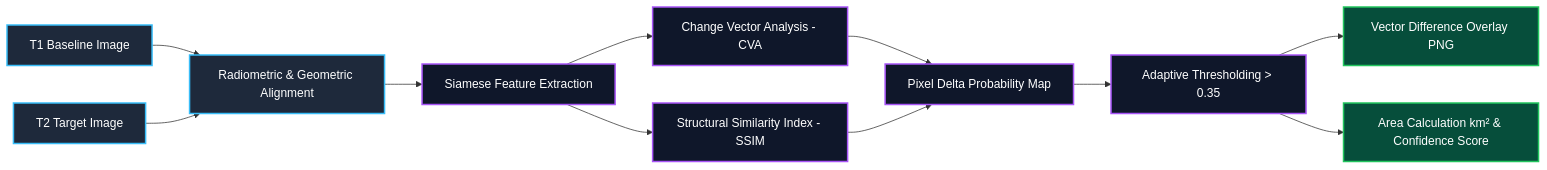
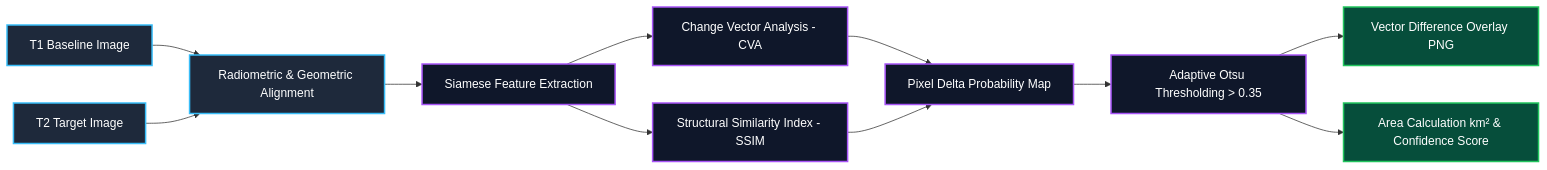
The second of 3 diagrams in README.md (shuryansmishra/shi2026), drawn with Mermaid before and after one commit. The commit also changed other lines of this file, not shown here.

````diff
--- a/README.md
+++ b/README.md
@@ -184,20 +231,20 @@
 ```mermaid
 graph LR
     classDef step fill:#1E293B,stroke:#38BDF8,stroke-width:2px,color:#fff;
     classDef math fill:#0F172A,stroke:#A855F7,stroke-width:2px,color:#fff;
     classDef out fill:#064E3B,stroke:#22C55E,stroke-width:2px,color:#fff;
 
     T1[T1 Baseline Image]:::step --> Align[Radiometric & Geometric Alignment]:::step
     T2[T2 Target Image]:::step --> Align
 
     Align --> Siamese[Siamese Feature Extraction]:::math
     Siamese --> CVA[Change Vector Analysis - CVA]:::math
     Siamese --> SSIM[Structural Similarity Index - SSIM]:::math
 
     CVA --> DeltaMap[Pixel Delta Probability Map]:::math
     SSIM --> DeltaMap
 
-    DeltaMap --> Thresh[Adaptive Thresholding > 0.35]:::math
+    DeltaMap --> Thresh[Adaptive Otsu Thresholding > 0.35]:::math
     Thresh --> Mask[Vector Difference Overlay PNG]:::out
     Thresh --> Metrics[Area Calculation km² & Confidence Score]:::out
 ```
````
